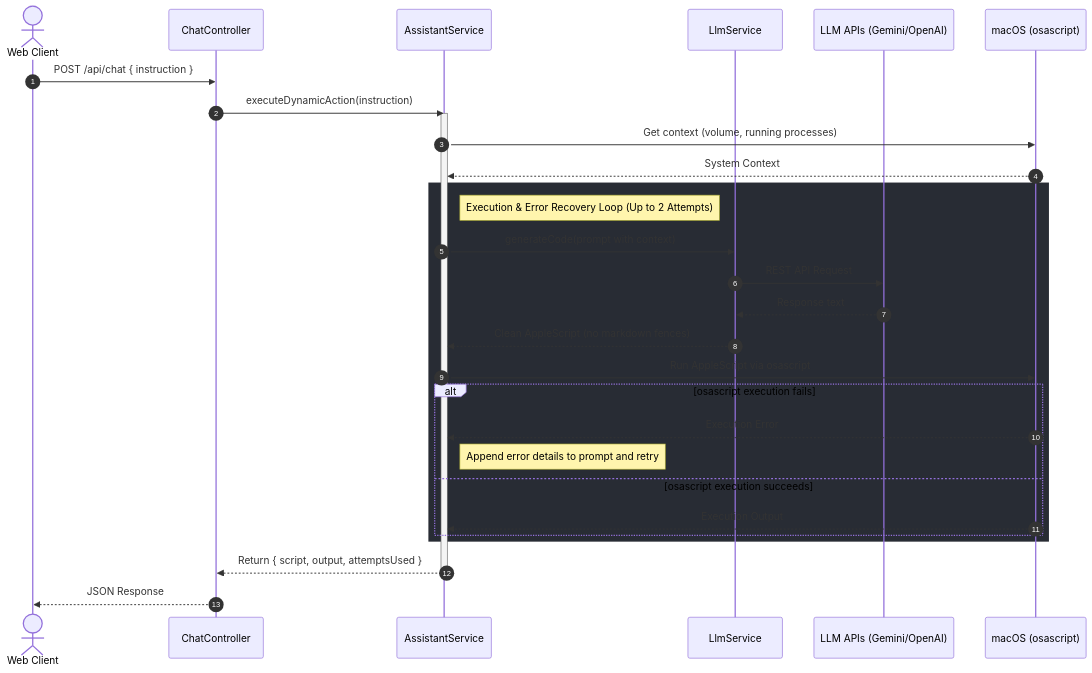
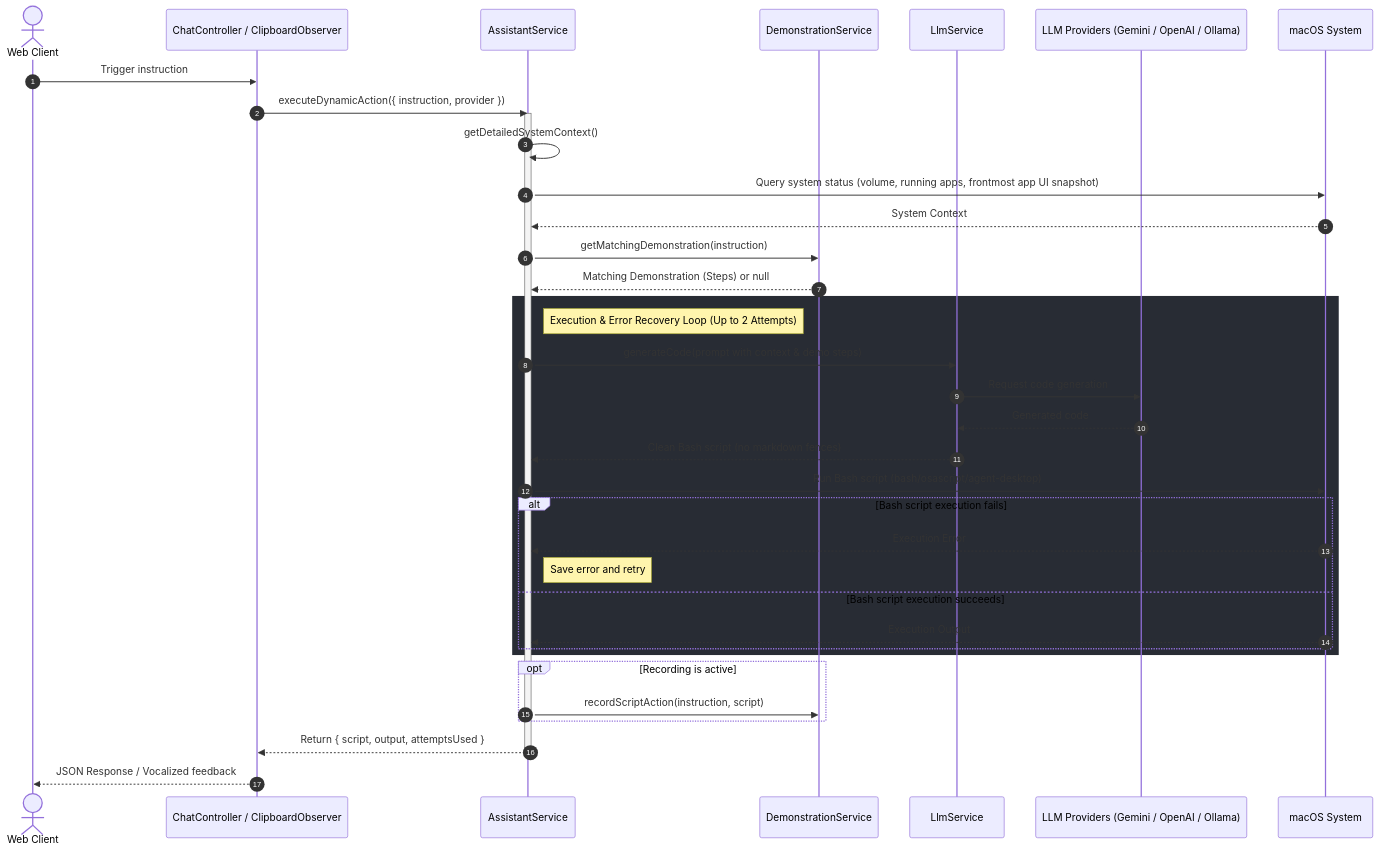
One commit to krishnakanthpathi/kriko changed the second of 2 diagrams in README.md. Above: the diagram before and after it, drawn with Mermaid. The commit also changed other lines of this file and 3 other files, not shown here.

Commit message:
docs: update README flow diagrams and integrate clipboard observer with demo tracking

````diff
--- a/README.md
+++ b/README.md
@@ -44,36 +59,46 @@
 ```mermaid
 sequenceDiagram
     autonumber
     actor User as Web Client
-    participant Controller as ChatController
+    participant Controller as ChatController / ClipboardObserver
     participant Service as AssistantService
+    participant Demo as DemonstrationService
     participant LLM as LlmService
-    participant APIs as LLM APIs (Gemini/OpenAI)
-    participant OS as macOS (osascript)
+    participant APIs as LLM Providers (Gemini / OpenAI / Ollama)
+    participant OS as macOS System
 
-    User->>Controller: POST /api/chat { instruction }
-    Controller->>Service: executeDynamicAction(instruction)
+    User->>Controller: Trigger instruction
+    Controller->>Service: executeDynamicAction({ instruction, provider })
     activate Service
     
-    Service->>OS: Get context (volume, running processes)
+    Service->>Service: getDetailedSystemContext()
+    Service->>OS: Query system status (volume, running apps, frontmost app UI snapshot)
     OS-->>Service: System Context
+    
+    Service->>Demo: getMatchingDemonstration(instruction)
+    Demo-->>Service: Matching Demonstration (Steps) or null
     
     rect rgb(40, 44, 52)
         note right of Service: Execution & Error Recovery Loop (Up to 2 Attempts)
-        Service->>LLM: generateCode(prompt with context)
-        LLM->>APIs: REST API Request
-        APIs-->>LLM: Response text
-        LLM-->>Service: Clean AppleScript (no markdown fences)
-        Service->>OS: Run AppleScript via osascript
-        alt osascript execution fails
+        Service->>LLM: generateCode(prompt with context & demo steps)
+        LLM->>APIs: Request code generation
+        APIs-->>LLM: Generated code
+        LLM-->>Service: Clean Bash script (no markdown fences)
+        
+        Service->>OS: Run Bash script (bash/osascript/agent-desktop)
+        alt Bash script execution fails
             OS-->>Service: Execution Error
-            note right of Service: Append error details to prompt and retry
-        else osascript execution succeeds
+            note right of Service: Save error and retry
+        else Bash script execution succeeds
             OS-->>Service: Execution Output
         end
+    end
+
+    opt Recording is active
+        Service->>Demo: recordScriptAction(instruction, script)
     end
     
     Service-->>Controller: Return { script, output, attemptsUsed }
     deactivate Service
-    Controller-->>User: JSON Response
+    Controller-->>User: JSON Response / Vocalized feedback
 ```
````
